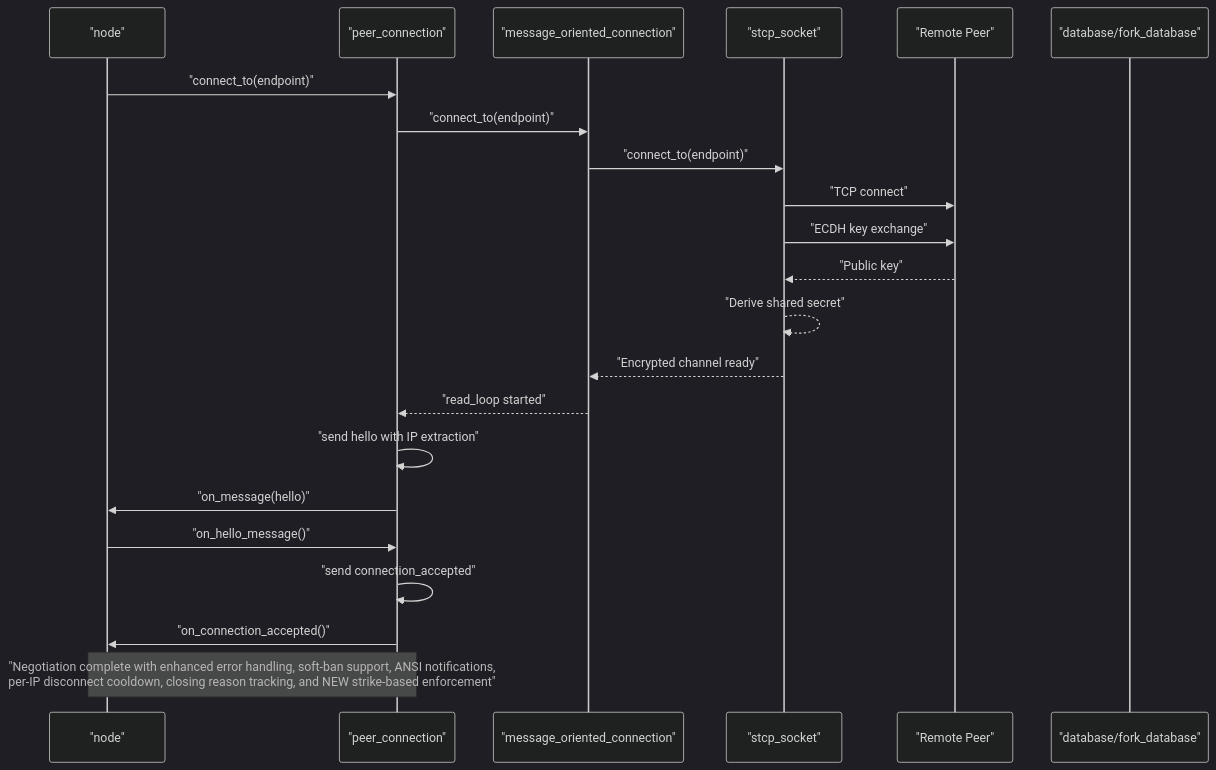
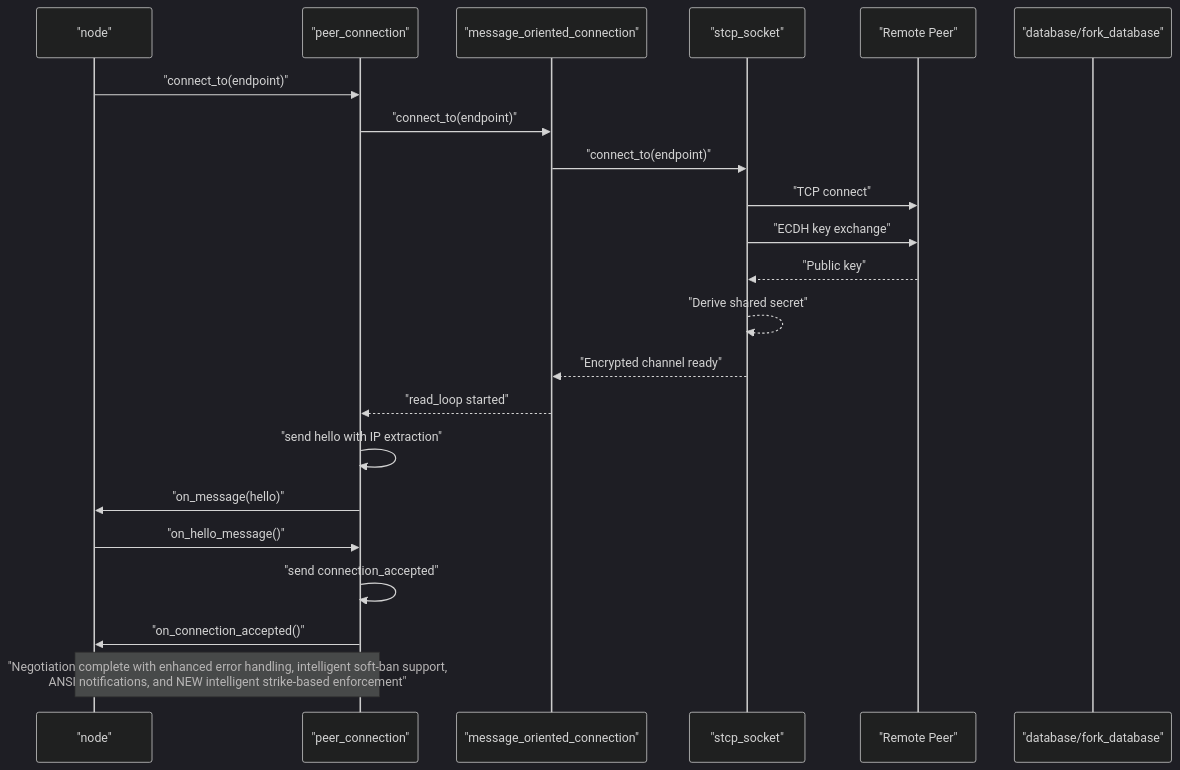
Before and after one commit to VIZ-Blockchain/viz-cpp-node: the second of 13 diagrams in .qoder/repowiki/en/content/Architecture Overview/Core Libraries/Network Library/Peer Connection Management.md, drawn with Mermaid (dark theme). The commit also changed other lines of this file and 4 other files, not shown here.

````diff
--- a/.qoder/repowiki/en/content/Architecture Overview/Core Libraries/Network Library/Peer Connection Management.md
+++ b/.qoder/repowiki/en/content/Architecture Overview/Core Libraries/Network Library/Peer Connection Management.md
@@ -195,24 +192,24 @@
 ```mermaid
 sequenceDiagram
 participant Node as "node"
 participant Peer as "peer_connection"
 participant MOC as "message_oriented_connection"
 participant STCP as "stcp_socket"
 participant Remote as "Remote Peer"
 participant Chain as "database/fork_database"
 Node->>Peer : "connect_to(endpoint)"
 Peer->>MOC : "connect_to(endpoint)"
 MOC->>STCP : "connect_to(endpoint)"
 STCP->>Remote : "TCP connect"
 STCP->>Remote : "ECDH key exchange"
 Remote-->>STCP : "Public key"
 STCP-->>STCP : "Derive shared secret"
 STCP-->>MOC : "Encrypted channel ready"
 MOC-->>Peer : "read_loop started"
 Peer->>Peer : "send hello with IP extraction"
 Peer->>Node : "on_message(hello)"
 Node->>Peer : "on_hello_message()"
 Peer->>Peer : "send connection_accepted"
 Peer->>Node : "on_connection_accepted()"
-Note over Node,Peer : "Negotiation complete with enhanced error handling, soft-ban support, ANSI notifications,<br/>per-IP disconnect cooldown, closing reason tracking, and NEW strike-based enforcement"
+Note over Node,Peer : "Negotiation complete with enhanced error handling, intelligent soft-ban support,<br/>ANSI notifications, and NEW intelligent strike-based enforcement"
 ```
````
